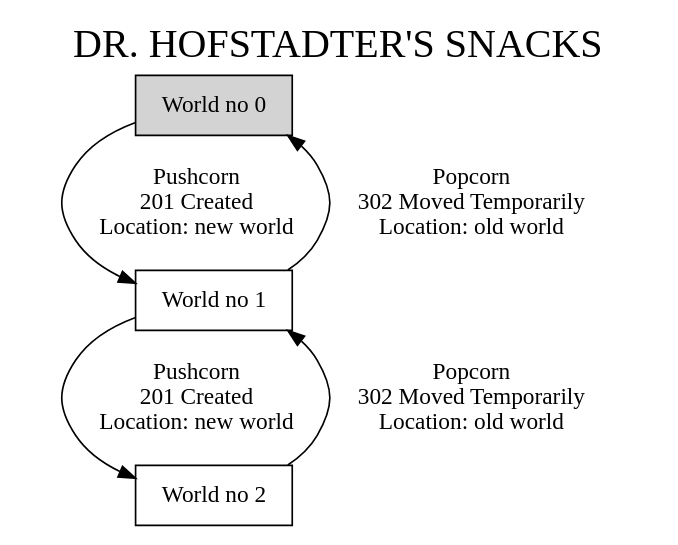
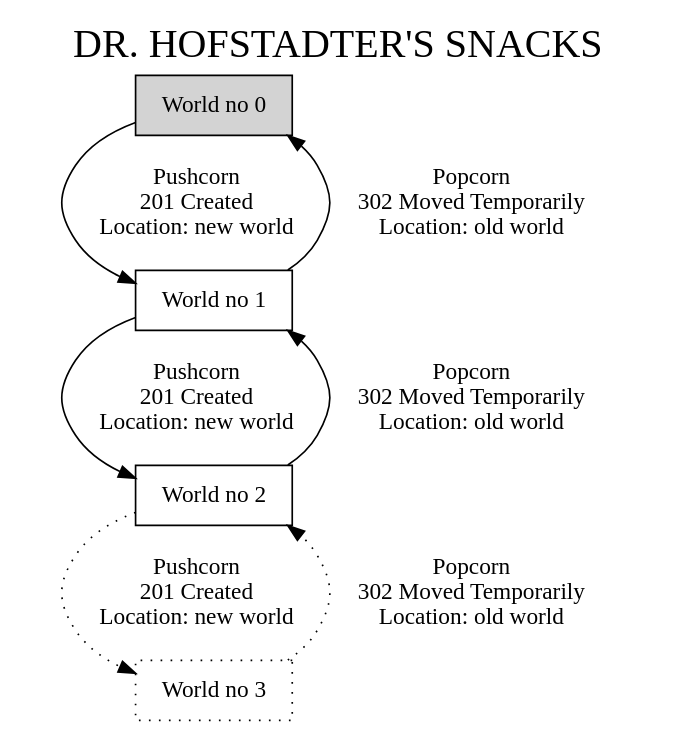
Before and after one commit to einarwh/fsmwatcher: the diagram in graphs/pcorn/pcorn-0.dot, drawn with Graphviz. The commit also changed 58 other files, not shown here.

```diff
--- a/graphs/pcorn/pcorn-0.dot
+++ b/graphs/pcorn/pcorn-0.dot
@@ -1,16 +1,20 @@
 digraph {
   label="DR. HOFSTADTER'S SNACKS";
   labelloc=t;
   fontsize=24;
   node [shape=box];
 
   world0 [label="World no 0",bgcolor="black",style="filled"];
   world1 [label="World no 1"];
   world2 [label="World no 2"];
+  world3 [label="World no 3",style="dotted"];
 
   world0 -> world1 [label="Pushcorn\n201 Created\nLocation: new world"];
   world1 -> world0 [label="Popcorn\n302 Moved Temporarily\nLocation: old world"];
 
   world1 -> world2 [label="Pushcorn\n201 Created\nLocation: new world"];
   world2 -> world1 [label="Popcorn\n302 Moved Temporarily\nLocation: old world"];
+
+  world2 -> world3 [label="Pushcorn\n201 Created\nLocation: new world",style="dotted"];
+  world3 -> world2 [label="Popcorn\n302 Moved Temporarily\nLocation: old world",style="dotted"];
 }
```
